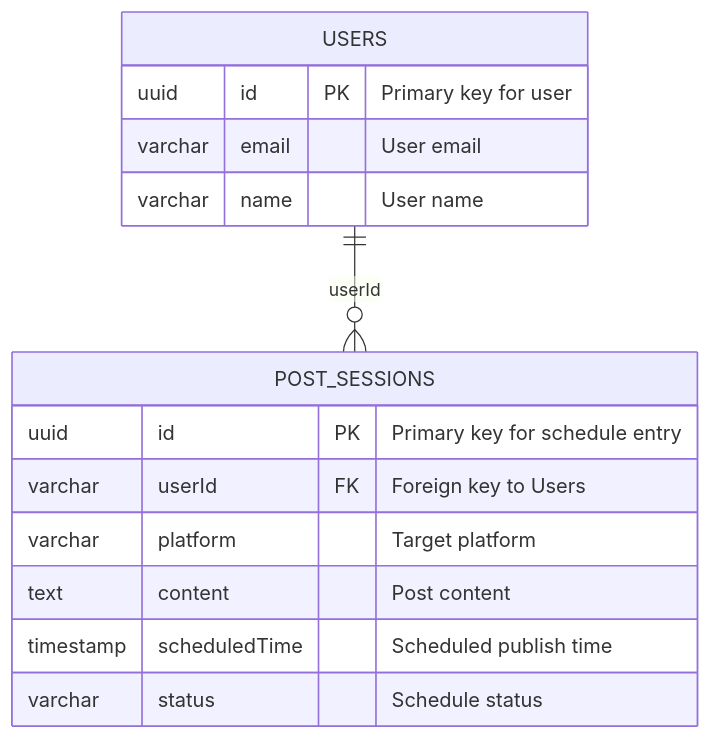
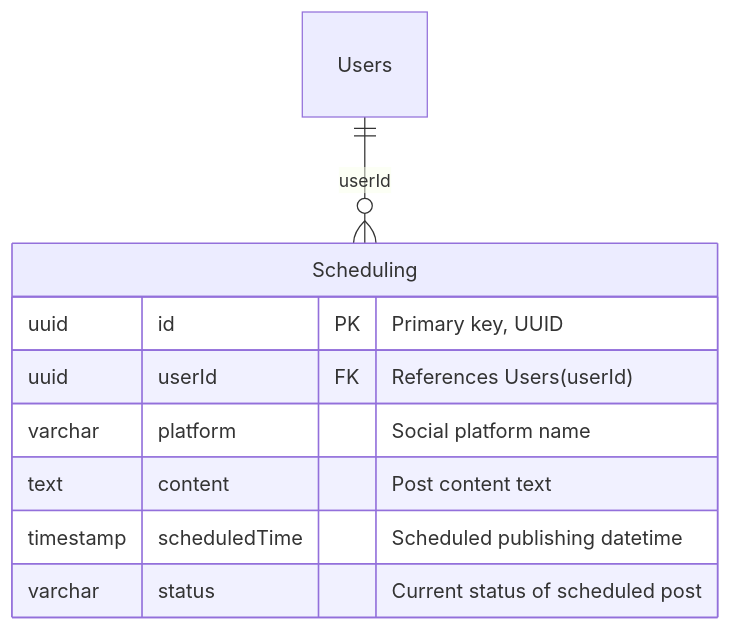
The first of 4 diagrams in sources/storage/business-analysis/social-scheduler/requirements.md (hainguyen81/enterprise-it-ai), drawn with Mermaid before and after one commit. The commit also changed other lines of this file and 4 other files, not shown here.

````diff
--- a/sources/storage/business-analysis/social-scheduler/requirements.md
+++ b/sources/storage/business-analysis/social-scheduler/requirements.md
@@ -72,19 +73,12 @@
-```mermaid
-erDiagram
-    USERS {
-        uuid id PK "Primary key for user"
-        varchar email "User email"
-        varchar name "User name"
-    }
-
-    POST_SESSIONS {
-        uuid id PK "Primary key for schedule entry"
-        varchar userId FK "Foreign key to Users"
-        varchar platform "Target platform"
-        text content "Post content"
-        timestamp scheduledTime "Scheduled publish time"
-        varchar status "Schedule status"
-    }
-
-    USERS ||--o{ POST_SESSIONS : "userId"
-```
+    ```mermaid
+    erDiagram
+        Users ||--o{ Scheduling : "userId"
+        Scheduling {
+          uuid id PK "Primary key, UUID"
+          uuid userId FK "References Users(userId)"
+          varchar platform "Social platform name"
+          text content "Post content text"
+          timestamp scheduledTime "Scheduled publishing datetime"
+          varchar status "Current status of scheduled post"
+        }
+    ```
````
